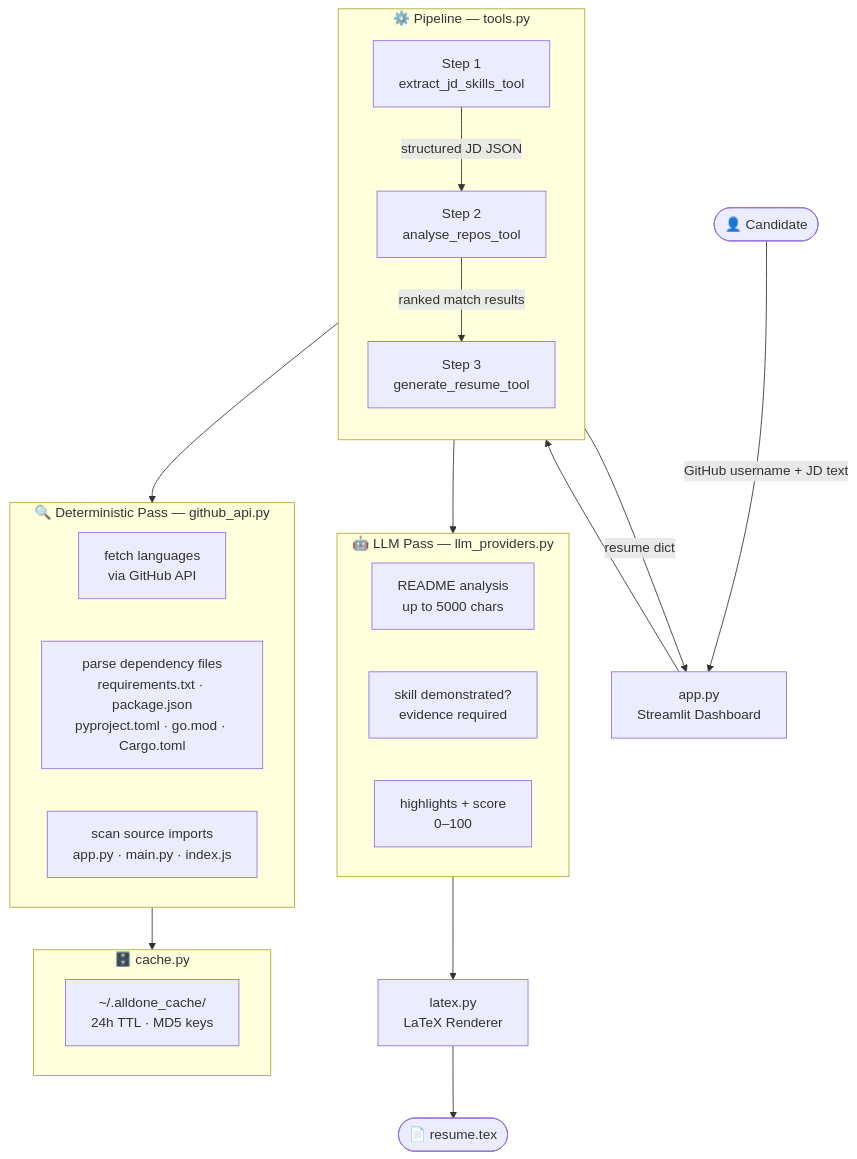
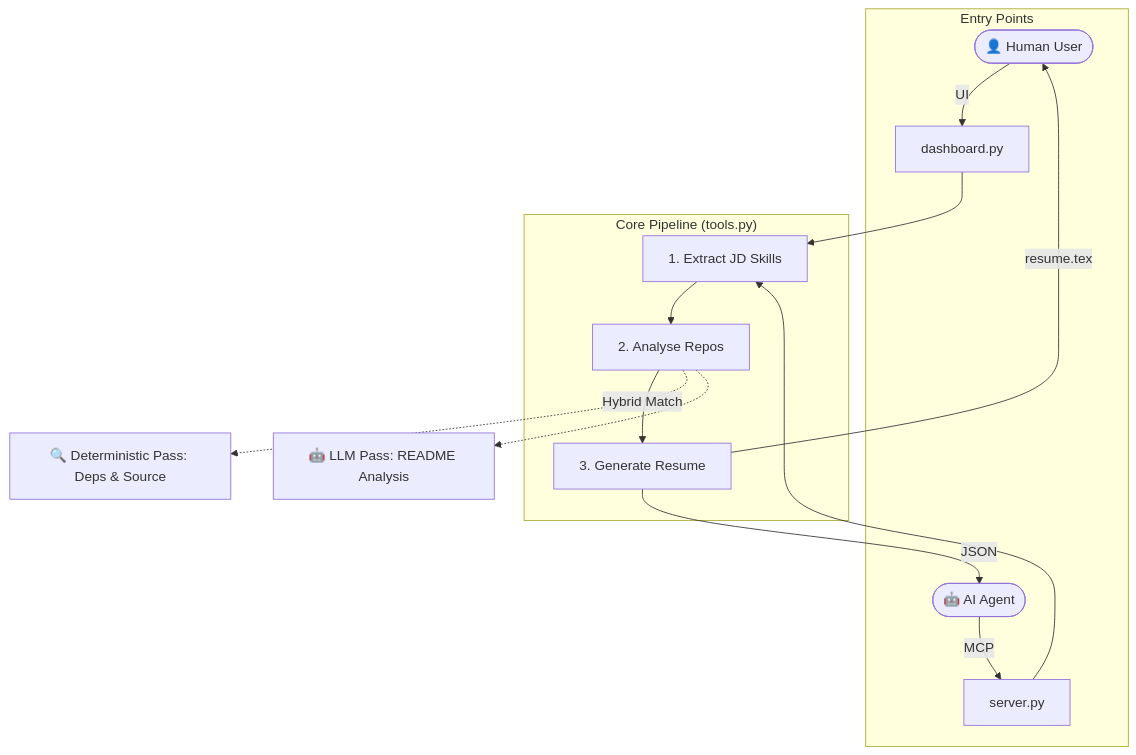
The diagram in README.md (hillhack/GithubResumeParser), drawn with Mermaid before and after one commit. The commit also changed other lines of this file and 1 other file, not shown here.

Commit message:
docs: Update README to clarify Streamlit vs MCP architecture

````diff
--- a/README.md
+++ b/README.md
@@ -41,37 +67,20 @@
 ```mermaid
 graph TD
-    User([👤 Candidate]) -->|GitHub username + JD text| UI[app.py\nStreamlit Dashboard]
-
-    subgraph Pipeline ["⚙️ Pipeline — tools.py"]
-        direction TB
-        T1[Step 1\nextract_jd_skills_tool] -->|structured JD JSON| T2
-        T2[Step 2\nanalyse_repos_tool] -->|ranked match results| T3
-        T3[Step 3\ngenerate_resume_tool]
+    subgraph "Entry Points"
+        User([👤 Human User]) -->|UI| UI[dashboard.py]
+        Agent([🤖 AI Agent]) -->|MCP| MCP[server.py]
     end
 
-    UI --> T1
-    T3 -->|resume dict| UI
-
-    subgraph Deterministic ["🔍 Deterministic Pass — github_api.py"]
-        G1[fetch languages\nvia GitHub API]
-        G2[parse dependency files\nrequirements.txt · package.json\npyproject.toml · go.mod · Cargo.toml]
-        G3[scan source imports\napp.py · main.py · index.js]
+    subgraph "Core Pipeline (tools.py)"
+        UI --> T1
+        MCP --> T1
+        T1[1. Extract JD Skills] --> T2[2. Analyse Repos]
+        T2 -->|Hybrid Match| T3[3. Generate Resume]
     end
 
-    subgraph LLM ["🤖 LLM Pass — llm_providers.py"]
-        L1[README analysis\nup to 5000 chars]
-        L2[skill demonstrated?\nevidence required]
-        L3[highlights + score\n0–100]
-    end
+    T3 -->|resume.tex| User
+    T3 -->|JSON| Agent
 
-    T2 --> Deterministic
-    T2 --> LLM
-
-    subgraph Cache ["🗄️ cache.py"]
-        C1[~/.alldone_cache/\n24h TTL · MD5 keys]
-    end
-
-    Deterministic --> Cache
-    LLM --> latex[latex.py\nLaTeX Renderer]
-    latex --> PDF([📄 resume.tex])
+    T2 -.-> Det[🔍 Deterministic Pass: Deps & Source]
+    T2 -.-> LLM[🤖 LLM Pass: README Analysis]
 ```
````
